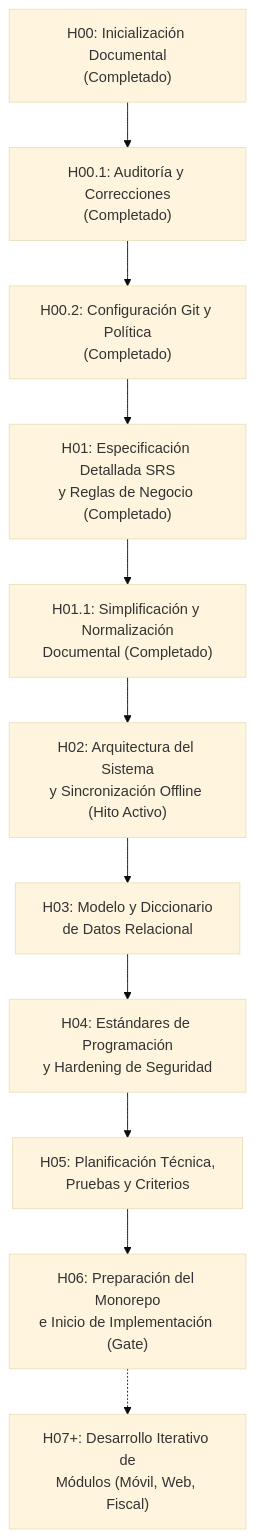
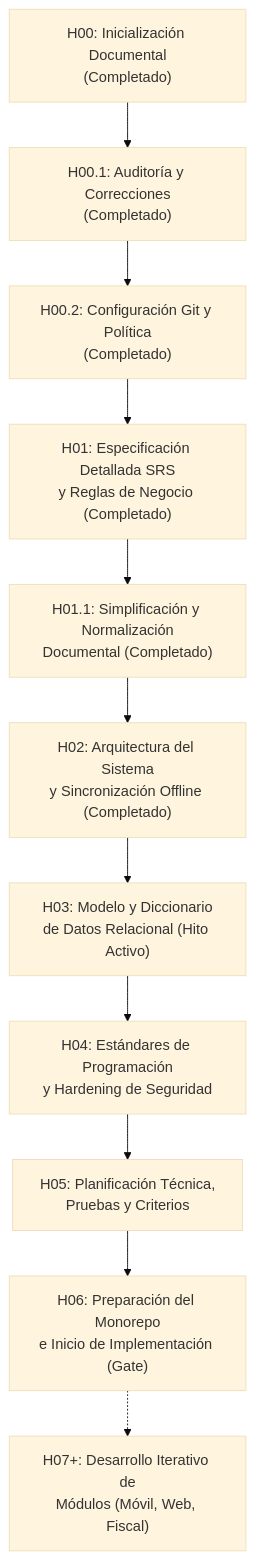
The diagram in docs/05-planificacion/PLAN_DESARROLLO.md (JMedina255/Proyecto_tienda), drawn with Mermaid (base theme) before and after one commit. The commit also changed other lines of this file and 5 other files, not shown here.

Commit message:
docs(h02): arquitectura y estrategia offline

````diff
--- a/docs/05-planificacion/PLAN_DESARROLLO.md
+++ b/docs/05-planificacion/PLAN_DESARROLLO.md
@@ -16,13 +16,13 @@
 ```mermaid
 flowchart TD
     H00["H00: Inicialización Documental\n(Completado)"] --> H00_1["H00.1: Auditoría y Correcciones\n(Completado)"]
     H00_1 --> H00_2["H00.2: Configuración Git y Política\n(Completado)"]
     H00_2 --> H01["H01: Especificación Detallada SRS\ny Reglas de Negocio (Completado)"]
     H01 --> H01_1["H01.1: Simplificación y Normalización\nDocumental (Completado)"]
-    H01_1 --> H02["H02: Arquitectura del Sistema\ny Sincronización Offline (Hito Activo)"]
-    H02 --> H03["H03: Modelo y Diccionario\nde Datos Relacional"]
+    H01_1 --> H02["H02: Arquitectura del Sistema\ny Sincronización Offline (Completado)"]
+    H02 --> H03["H03: Modelo y Diccionario\nde Datos Relacional (Hito Activo)"]
     H03 --> H04["H04: Estándares de Programación\ny Hardening de Seguridad"]
     H04 --> H05["H05: Planificación Técnica,\nPruebas y Criterios"]
     H05 --> H06["H06: Preparación del Monorepo\ne Inicio de Implementación (Gate)"]
     H06 -.-> H07["H07+: Desarrollo Iterativo de\nMódulos (Móvil, Web, Fiscal)"]
 ```
````
